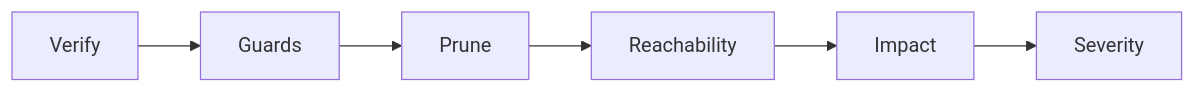
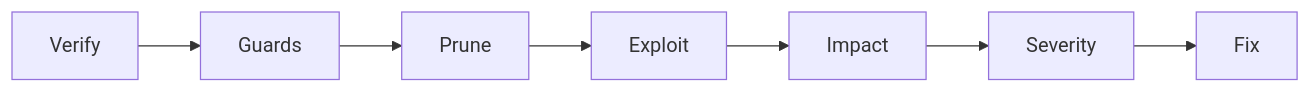
One commit to Opus-the-penguin/Rust-cola changed the second of 2 diagrams in docs/USER_GUIDE.md. Above: the diagram before and after it, drawn with Mermaid.

Commit message:
docs: add Fix step and rename Reachability to Exploit in LLM diagram

````diff
--- a/docs/USER_GUIDE.md
+++ b/docs/USER_GUIDE.md
@@ -35,8 +35,9 @@
 ```mermaid
 flowchart LR
     V[Verify] --> G[Guards]
     G --> P[Prune]
-    P --> R[Reachability]
+    P --> R[Exploit]
     R --> I[Impact]
     I --> S[Severity]
+    S --> F[Fix]
 ```
````
